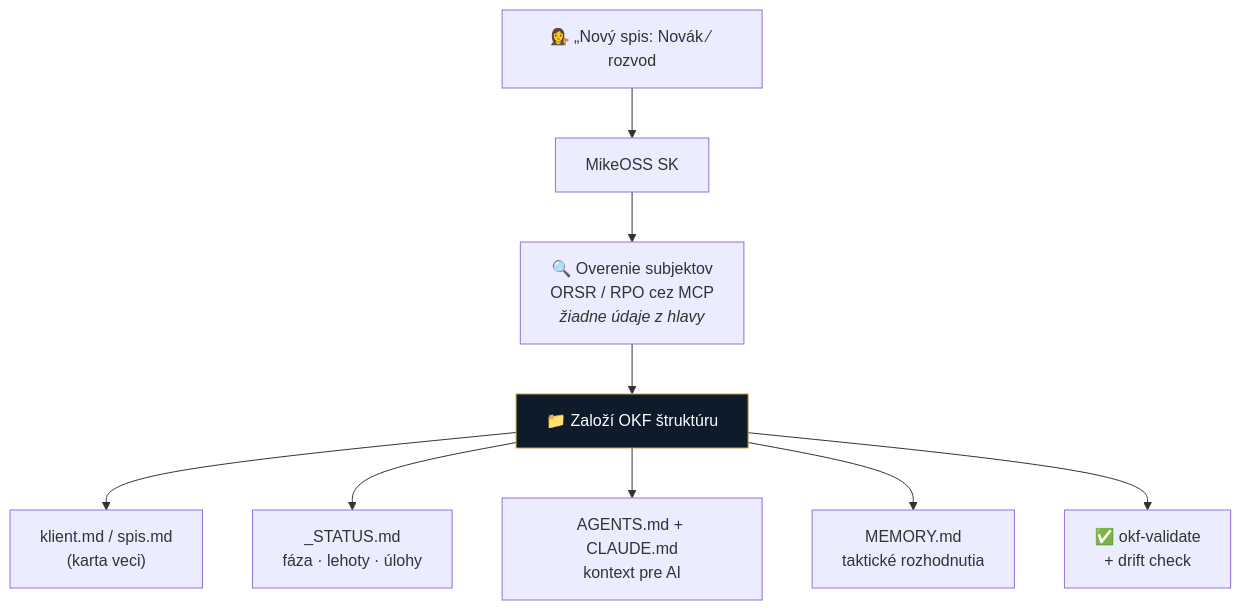
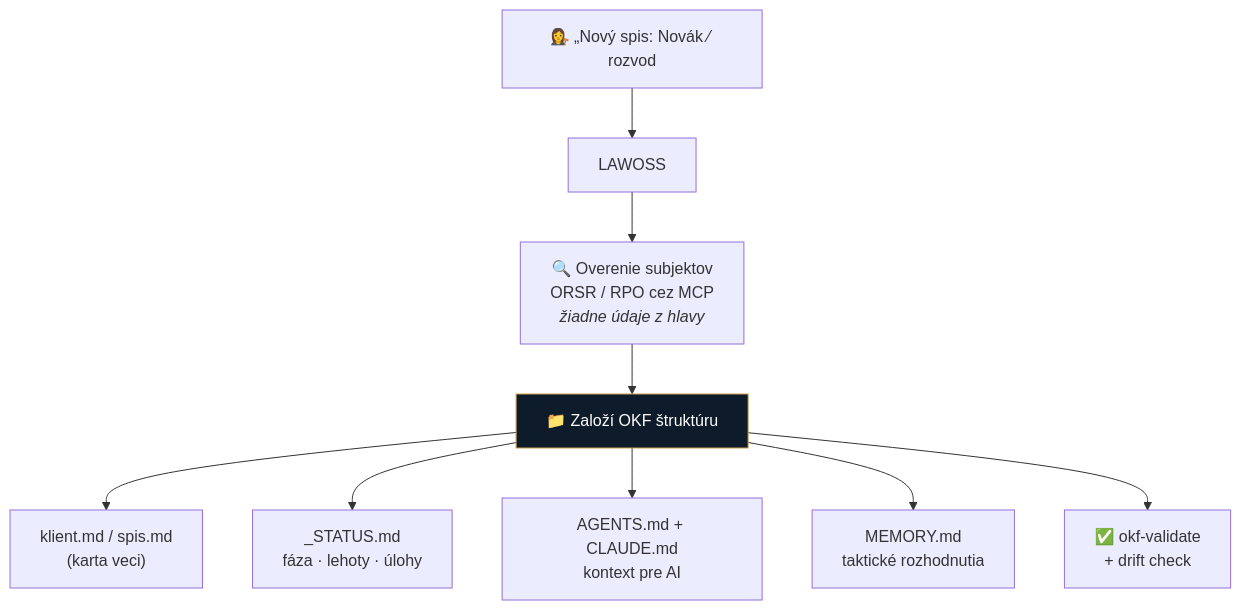
One commit to Omni-Legal-Products/lawOSS-like-SK-CZ changed the diagram in specs/0002-okf-operacny-system-praxe.md. Above: the diagram before and after it, drawn with Mermaid. The commit also changed 10 other files, not shown here.

First line of the commit message:
feat: rebrand na LAWOSS (Czechia · Slovakia) + MikeOSS featured ako inšpirácia

````diff
--- a/specs/0002-okf-operacny-system-praxe.md
+++ b/specs/0002-okf-operacny-system-praxe.md
@@ -19,13 +19,13 @@
 ```mermaid
 flowchart TB
-    U["👩‍⚖️ „Nový spis: Novák ⁄ rozvod"] --> APP["MikeOSS SK"]
+    U["👩‍⚖️ „Nový spis: Novák ⁄ rozvod"] --> APP["LAWOSS"]
     APP --> V["🔍 Overenie subjektov<br/>ORSR / RPO cez MCP<br/><i>žiadne údaje z hlavy</i>"]
     V --> F["📁 Založí OKF štruktúru"]
     F --> K["klient.md / spis.md<br/>(karta veci)"]
     F --> ST["_STATUS.md<br/>fáza · lehoty · úlohy"]
     F --> AG["AGENTS.md + CLAUDE.md<br/>kontext pre AI"]
     F --> ME["MEMORY.md<br/>taktické rozhodnutia"]
     F --> VAL["✅ okf-validate<br/>+ drift check"]
     classDef c fill:#0d1b2a,stroke:#c9a24a,color:#fff
     class F c
 ```
````
